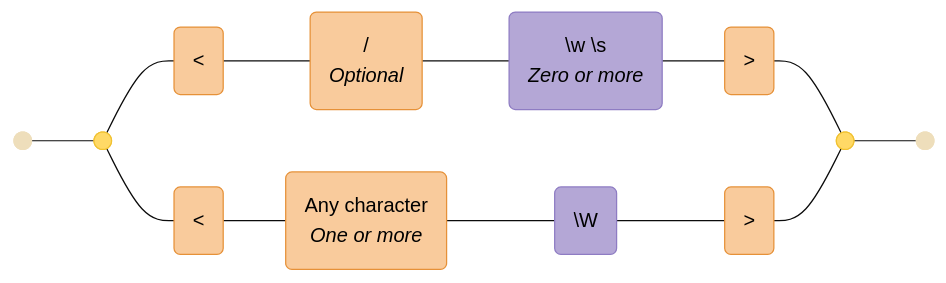
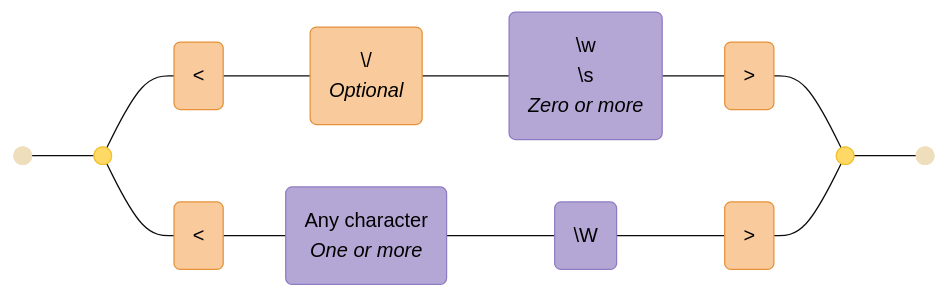
One commit to tayles/regex-to-mermaid changed the ninth of 16 diagrams in EXAMPLES.md. Above: the diagram before and after it, drawn with Mermaid (base theme). The commit also changed other lines of this file and 53 other files, not shown here.

````diff
--- a/EXAMPLES.md
+++ b/EXAMPLES.md
@@ -2409,39 +2434,39 @@
 ```mermaid
 graph LR
   accTitle: "Regex: <\\/?[\\w\\s]*>|<.+[\\W]>"
-  accDescr: "Generated with regex-to-mermaid@1.0.4"
+  accDescr: "Generated with regex-to-mermaid@1.1.0"
 
   %% Nodes
   start@{ shape: f-circ };
   fin@{ shape: f-circ };
   disjunction_begin_1:::disjunction@{ shape: f-circ };
   disjunction_end_1:::disjunction@{ shape: f-circ };
   literal_1("<"):::literal;
-  literal_2("/<br><i>Optional</i>"):::literal;
-  char_class_1("\w \s<br><i>Zero or more</i>"):::char-class;
+  literal_2("\/<br><i>Optional</i>"):::literal;
+  char_class_1("\w<br>\s<br><i>Zero or more</i>"):::char-class;
   literal_3(">"):::literal;
   literal_4("<"):::literal;
-  literal_5("Any character<br><i>One or more</i>"):::literal;
-  char_class_2("\W"):::char-class;
-  literal_6(">"):::literal;
+  char_class_2("Any character<br><i>One or more</i>"):::char-class;
+  char_class_3("\W"):::char-class;
+  literal_5(">"):::literal;
 
   %% Edges
   start --- disjunction_begin_1;
   disjunction_begin_1 --- literal_1;
   literal_1 --- literal_2;
   literal_2 --- char_class_1;
   char_class_1 --- literal_3;
   literal_3 --- disjunction_end_1;
   disjunction_begin_1 --- literal_4;
-  literal_4 --- literal_5;
-  literal_5 --- char_class_2;
-  char_class_2 --- literal_6;
-  literal_6 --- disjunction_end_1;
+  literal_4 --- char_class_2;
+  char_class_2 --- char_class_3;
+  char_class_3 --- literal_5;
+  literal_5 --- disjunction_end_1;
   disjunction_end_1 --- fin;
 
   %% Styles
   %% Node Styling
   classDef disjunction fill:#FFD966,stroke:#F1C232,color:#000000;
   classDef literal fill:#F9CB9C,stroke:#E69138,color:#000000;
   classDef char-class fill:#B4A7D6,stroke:#8E7CC3,color:#000000;
 ```
````
